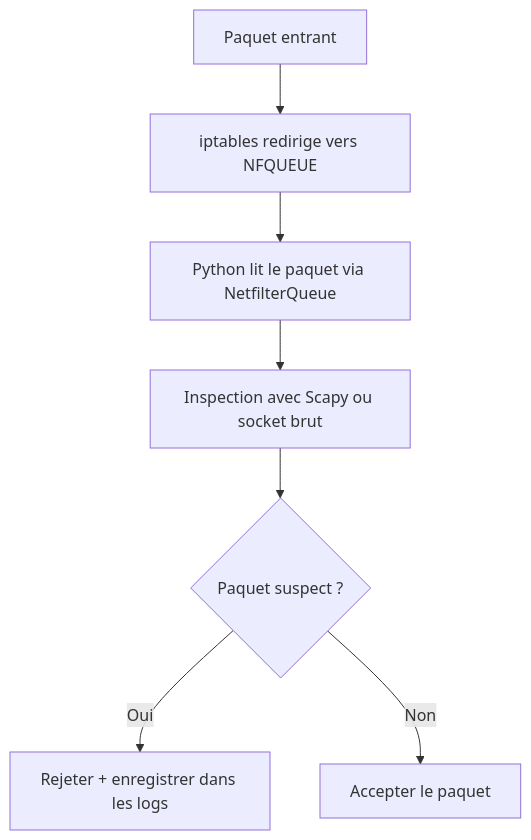
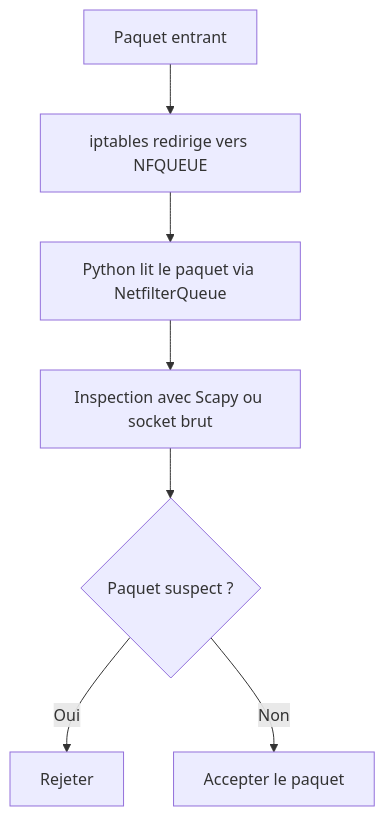
The first of 4 diagrams in README.md (hamoncode/projetSyntheseReseaux), drawn with Mermaid before and after one commit. The commit also changed other lines of this file, not shown here.

Commit message:
diagramme de classe

````diff
--- a/README.md
+++ b/README.md
@@ -34,10 +34,10 @@
 ```mermaid
 flowchart TD
     A[Paquet entrant] --> B[iptables redirige vers NFQUEUE]
     B --> C[Python lit le paquet via NetfilterQueue]
     C --> D[Inspection avec Scapy ou socket brut]
     D --> E{Paquet suspect ?}
-    E -- Oui --> F[Rejeter + enregistrer dans les logs]
+    E -- Oui --> F[Rejeter]
     E -- Non --> G[Accepter le paquet]
 
 ```
````
